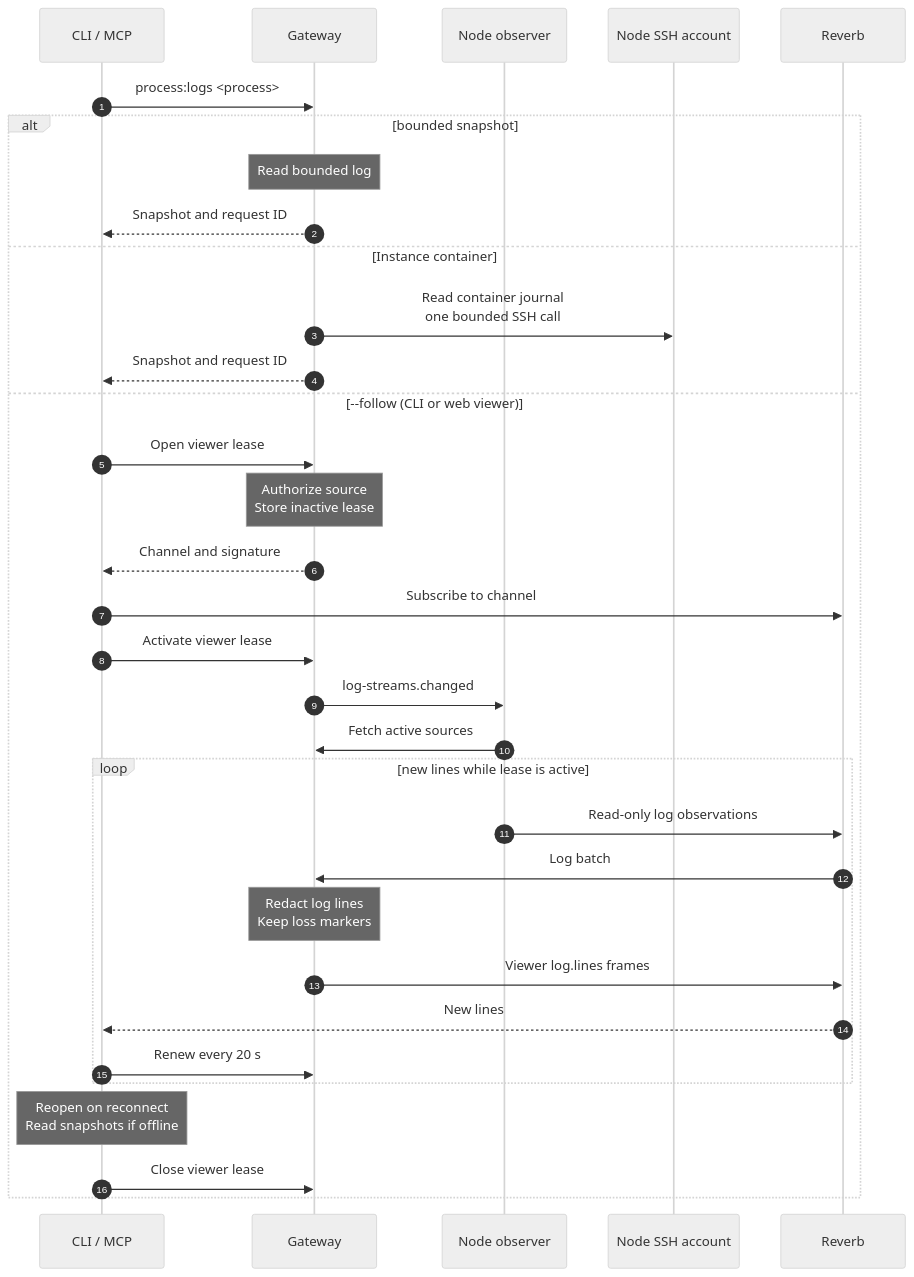
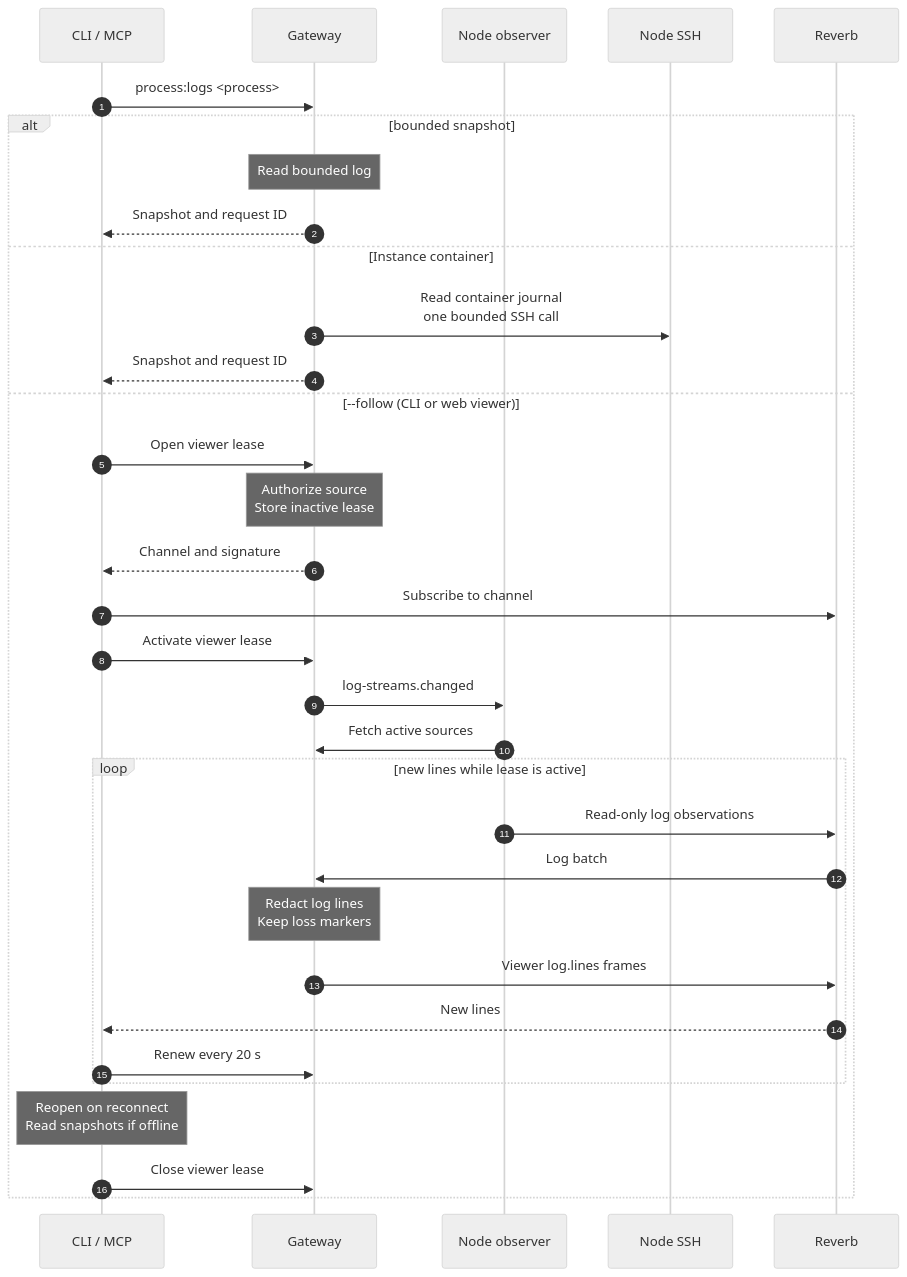
Before and after one commit to hardimpactdev/orbit: the diagram in docs/cli/process/logs.mmd, drawn with Mermaid (neutral theme). The commit also changed 8 other files, not shown here.

```diff
--- a/docs/cli/process/logs.mmd
+++ b/docs/cli/process/logs.mmd
@@ -1,39 +1,39 @@
 sequenceDiagram
   %% status: draft
   %% command: process:logs
   %% kind: process.logs
   autonumber
   participant CLI as CLI / MCP
   participant GW as Gateway
   participant A as Node observer
-  participant N as Node SSH account
+  participant N as Node SSH
   participant R as Reverb
   CLI->>GW: process:logs <process>
   alt bounded snapshot
     Note over GW: Read bounded log
     GW-->>CLI: Snapshot and request ID
   else Instance container
     GW->>N: Read container journal<br/>one bounded SSH call
     %%> What it does:
     %%> - the Gateway builds fixed argv from the resolved Instance and Process; only the bounded lines count comes from the caller
     %%> - the existing Node SSH account reads the journal with host-equivalent output bounds; the Gateway redacts it and records no Operation or workflow
     GW-->>CLI: Snapshot and request ID
   else --follow (CLI or web viewer)
     CLI->>GW: Open viewer lease
     Note over GW: Authorize source<br/>Store inactive lease
     GW-->>CLI: Channel and signature
     CLI->>R: Subscribe to channel
     CLI->>GW: Activate viewer lease
     GW->>A: log-streams.changed
     A->>GW: Fetch active sources
     loop new lines while lease is active
       A->>R: Read-only log observations
       R->>GW: Log batch
       Note over GW: Redact log lines<br/>Keep loss markers
       GW->>R: Viewer log.lines frames
       R-->>CLI: New lines
       CLI->>GW: Renew every 20 s
     end
     Note over CLI: Reopen on reconnect<br/>Read snapshots if offline
     CLI->>GW: Close viewer lease
   end
```
